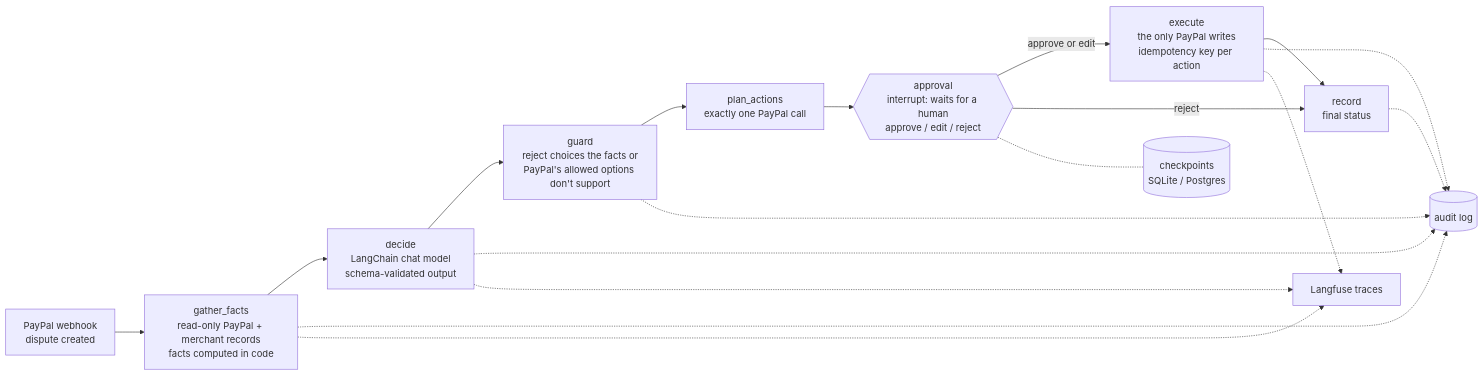
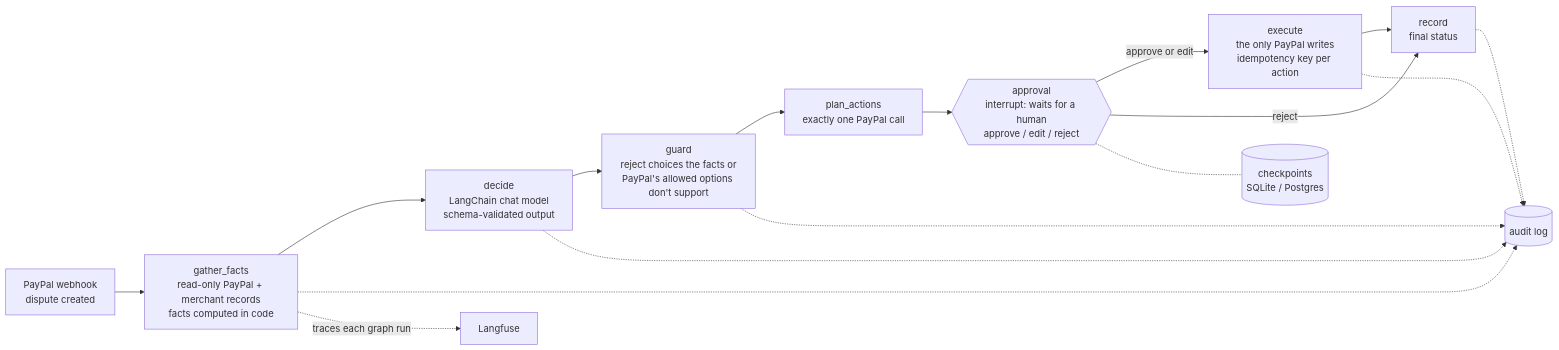
One commit to manishwvn/rebuttal changed the second of 2 diagrams in README.md. Above: the diagram before and after it, drawn with Mermaid. The commit also changed other lines of this file and 3 other files, not shown here.

````diff
--- a/README.md
+++ b/README.md
@@ -113,14 +109,14 @@
 ```mermaid
 flowchart LR
   W[PayPal webhook<br/>dispute created] --> G[gather_facts<br/>read-only PayPal + merchant records<br/>facts computed in code]
   G --> D[decide<br/>LangChain chat model<br/>schema-validated output]
   D --> R[guard<br/>reject choices the facts or<br/>PayPal's allowed options don't support]
   R --> P[plan_actions<br/>exactly one PayPal call]
   P --> A{{approval<br/>interrupt: waits for a human<br/>approve / edit / reject}}
   A -- approve or edit --> X[execute<br/>the only PayPal writes<br/>idempotency key per action]
   A -- reject --> N[record<br/>final status]
   X --> N
   A -.- C[(checkpoints<br/>SQLite / Postgres)]
   G & D & R & X & N -.-> L[(audit log)]
-  G & D & X -.-> T[Langfuse traces]
+  G -.->|traces each graph run| T[Langfuse]
 ```
````
